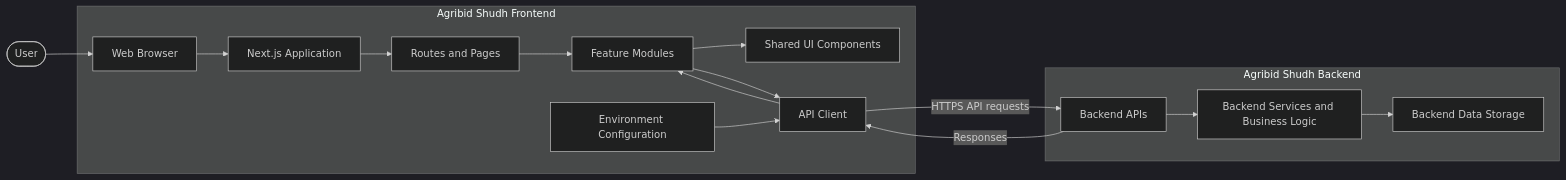
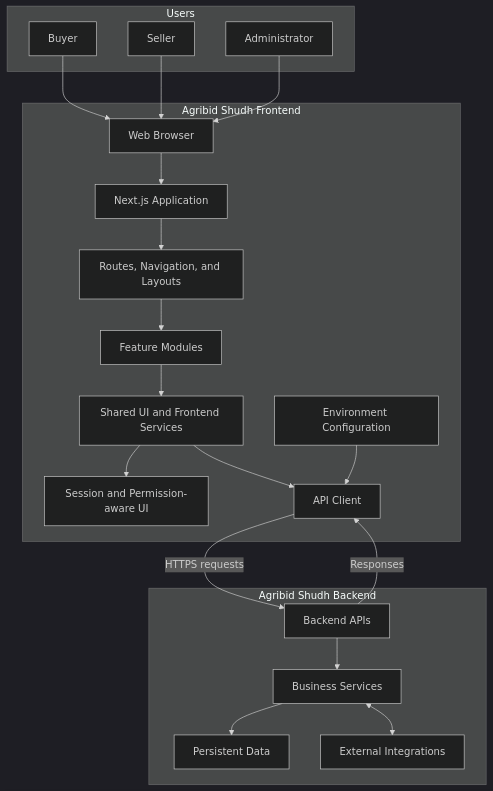
Before and after one commit to ayush300302/Agribid_Shudh_FrontEnd: the diagram in README.md, drawn with Mermaid (dark theme). The commit also changed other lines of this file, not shown here.

Commit message:
Update Project README

````diff
--- a/README.md
+++ b/README.md
@@ -36,23 +36,32 @@
 ```mermaid
-flowchart LR
-    User([User]) --> Browser["Web Browser"]
+flowchart TB
+    subgraph Users
+        Buyer["Buyer"]
+        Seller["Seller"]
+        Admin["Administrator"]
+    end
 
     subgraph Frontend["Agribid Shudh Frontend"]
-        Browser --> App["Next.js Application"]
-        App --> Routes["Routes and Pages"]
-        Routes --> Features["Feature Modules"]
-        Features --> UI["Shared UI Components"]
-        Features --> Client["API Client"]
-        Config["Environment Configuration"] --> Client
+        Browser["Web Browser"] --> App["Next.js Application"]
+        App --> Shell["Routes, Navigation, and Layouts"]
+        Shell --> Features["Feature Modules"]
+        Features --> Shared["Shared UI and Frontend Services"]
+        Shared --> Auth["Session and Permission-aware UI"]
+        Shared --> APIClient["API Client"]
+        Config["Environment Configuration"] --> APIClient
     end
 
-    Client -->|"HTTPS API requests"| API["Backend APIs"]
+    Buyer --> Browser
+    Seller --> Browser
+    Admin --> Browser
+
+    APIClient -->|"HTTPS requests"| API["Backend APIs"]
 
     subgraph Backend["Agribid Shudh Backend"]
-        API --> Logic["Backend Services and Business Logic"]
-        Logic --> Data["Backend Data Storage"]
+        API --> Services["Business Services"]
+        Services --> Data["Persistent Data"]
+        Services <--> Integrations["External Integrations"]
     end
 
-    API -->|"Responses"| Client
-    Client --> Features
+    API -->|"Responses"| APIClient
 ```
````
